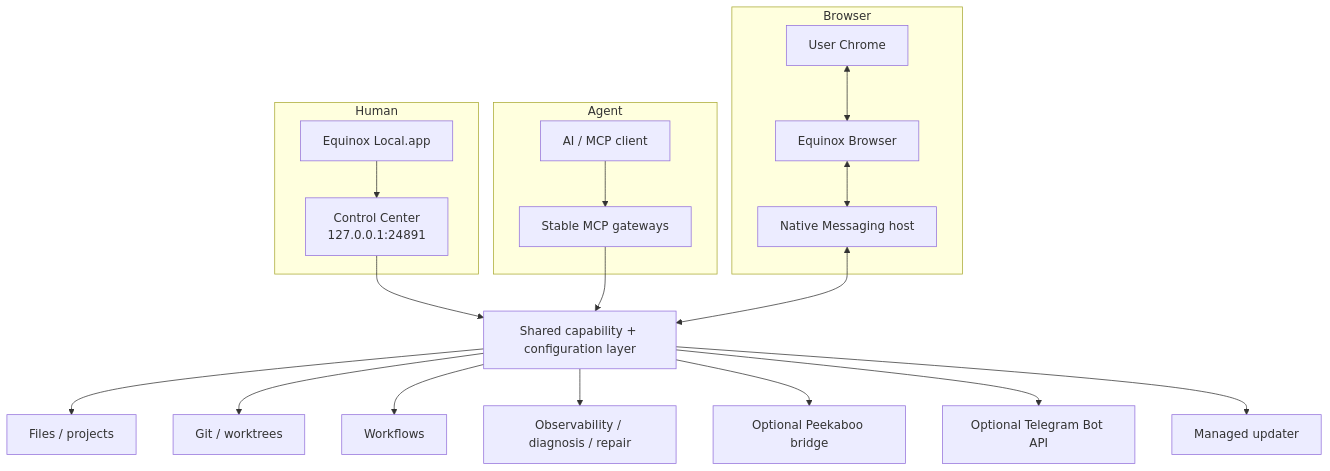
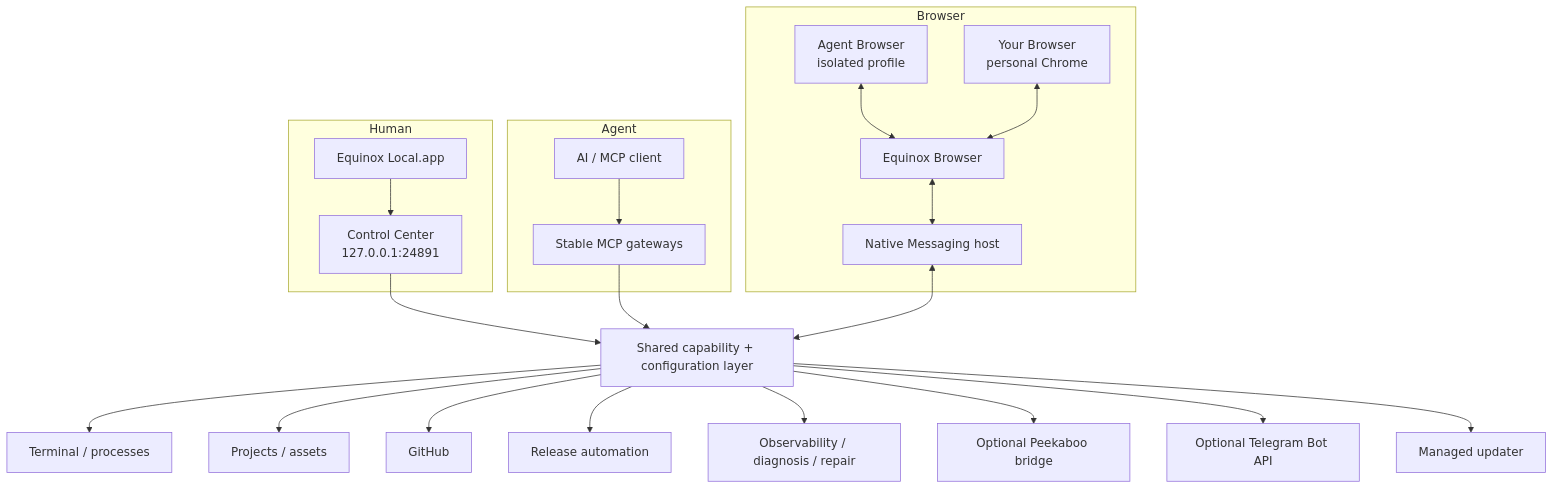
The diagram in docs/architecture.md (sametbasbug/equinox-local), drawn with Mermaid before and after one commit. The commit also changed other lines of this file and 108 other files, not shown here.

````diff
--- a/docs/architecture.md
+++ b/docs/architecture.md
@@ -7,33 +7,37 @@
 ```mermaid
 flowchart TB
     subgraph Human
       APP[Equinox Local.app]
       CC[Control Center\n127.0.0.1:24891]
       APP --> CC
     end
 
     subgraph Agent
       CLIENT[AI / MCP client]
       GW[Stable MCP gateways]
     end
 
     CC --> CORE[Shared capability + configuration layer]
     CLIENT --> GW --> CORE
 
-    CORE --> FILES[Files / projects]
-    CORE --> GIT[Git / worktrees]
-    CORE --> WF[Workflows]
+    CORE --> TERM[Terminal / processes]
+    CORE --> FILES[Projects / assets]
+    CORE --> GIT[GitHub]
+    CORE --> WF[Release automation]
     CORE --> OBS[Observability / diagnosis / repair]
     CORE --> DESKTOP[Optional Peekaboo bridge]
     CORE --> TELEGRAM[Optional Telegram Bot API]
 
     subgraph Browser
-      CHROME[User Chrome]
+      AGENT[Agent Browser\nisolated profile]
+      USER[Your Browser\npersonal Chrome]
       EXT[Equinox Browser]
       HOST[Native Messaging host]
-      CHROME <--> EXT <--> HOST
+      AGENT <--> EXT
+      USER <--> EXT
+      EXT <--> HOST
     end
 
     HOST <--> CORE
     CORE --> UPDATER[Managed updater]
 ```
````
